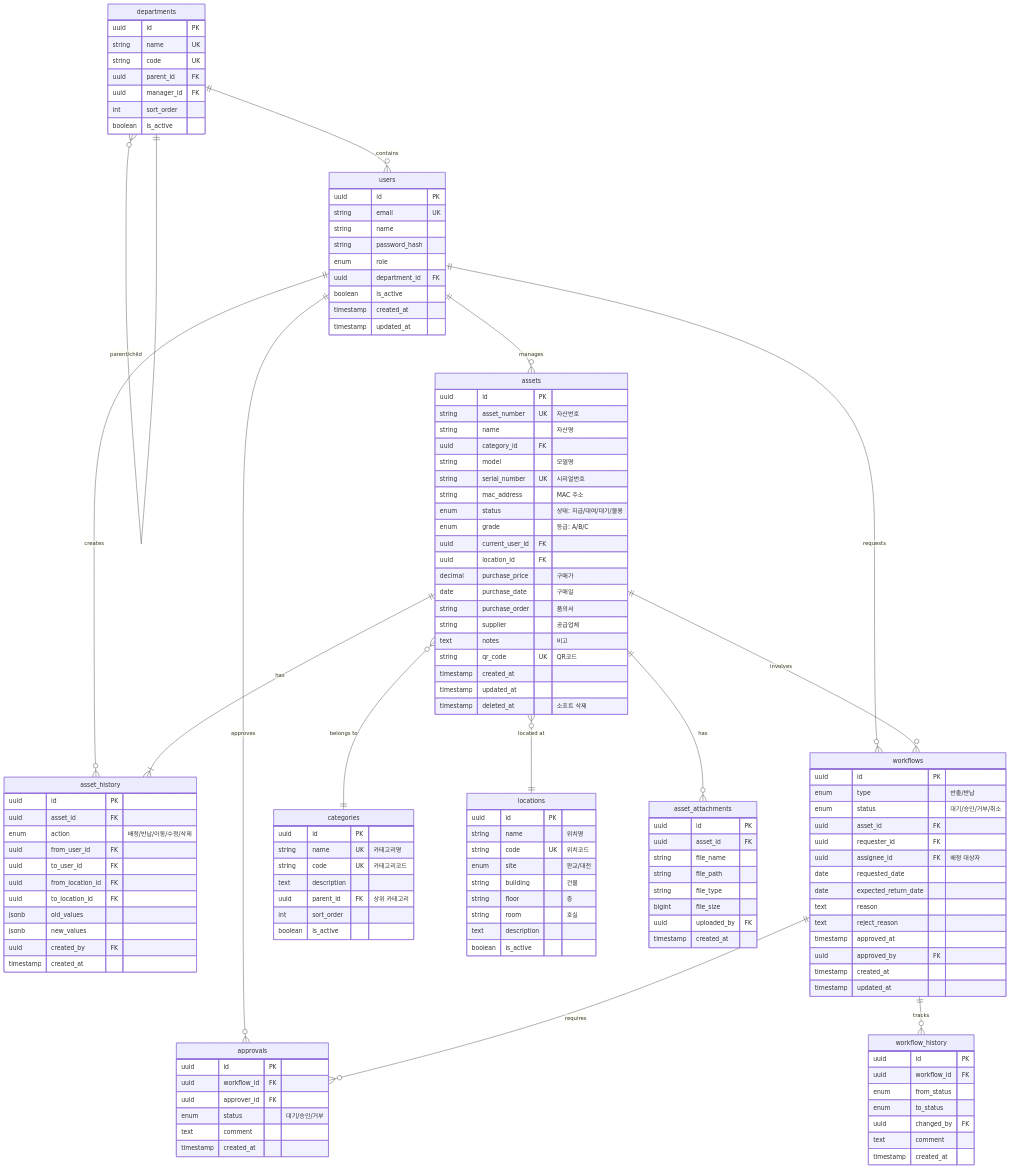
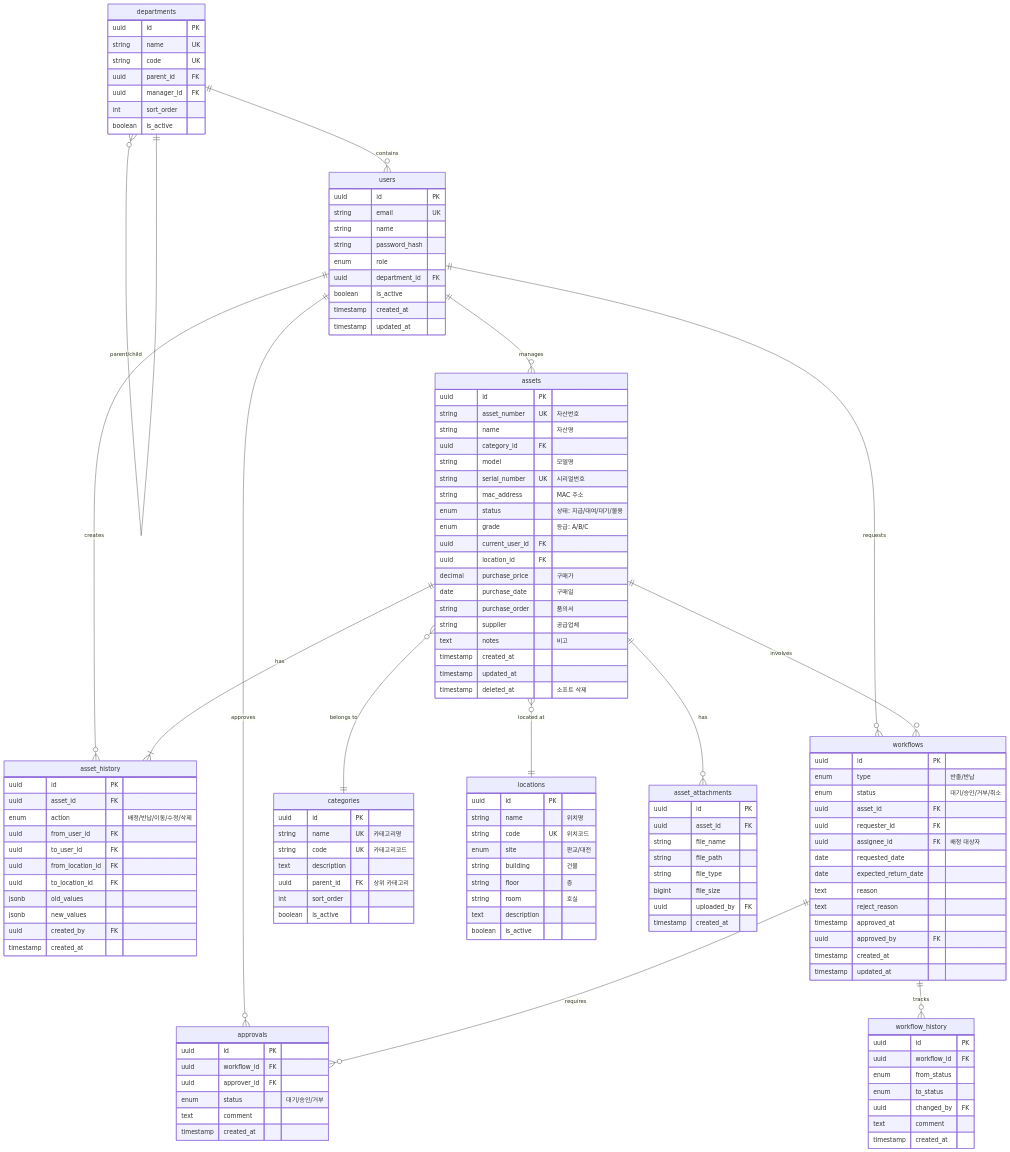
One commit to SuresoftTechnologies/sams changed the diagram in docs/architecture/04-data-architecture.md. Above: the diagram before and after it, drawn with Mermaid. The commit also changed other lines of this file and 4 other files, not shown here.

```diff
--- a/docs/architecture/04-data-architecture.md
+++ b/docs/architecture/04-data-architecture.md
@@ -56,7 +56,7 @@
         string purchase_order "품의서"
         string supplier "공급업체"
         text notes "비고"
-        string qr_code UK "QR코드"
+        
         timestamp created_at
         timestamp updated_at
         timestamp deleted_at "소프트 삭제"
```
